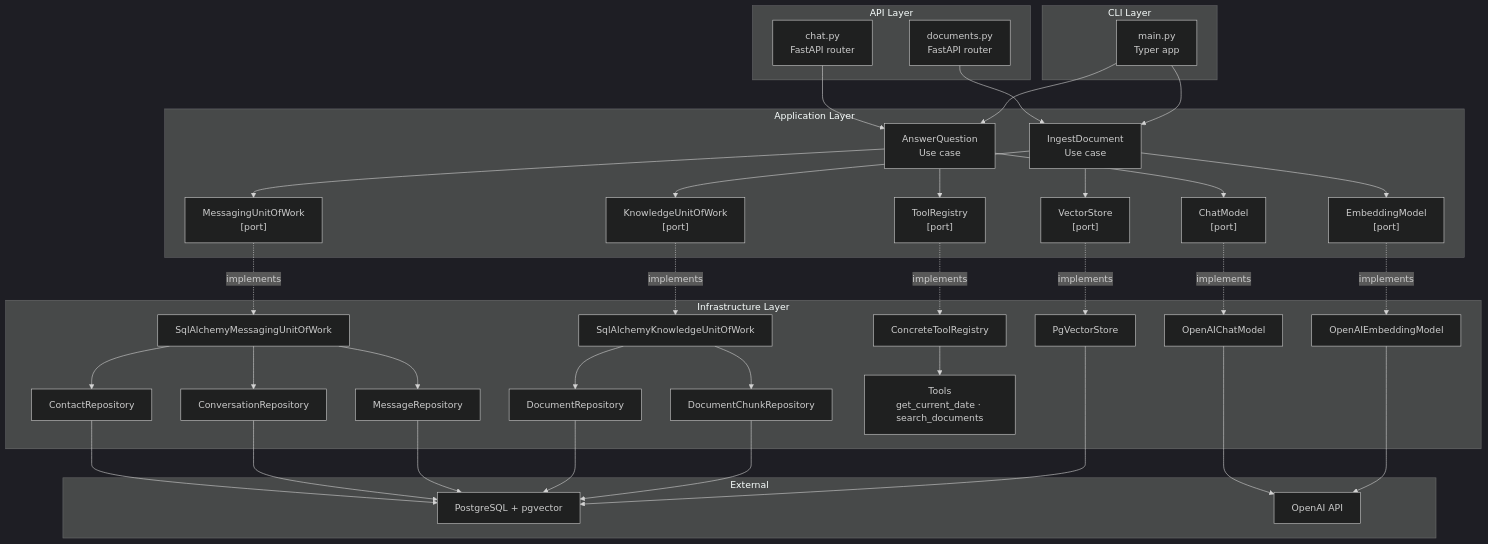
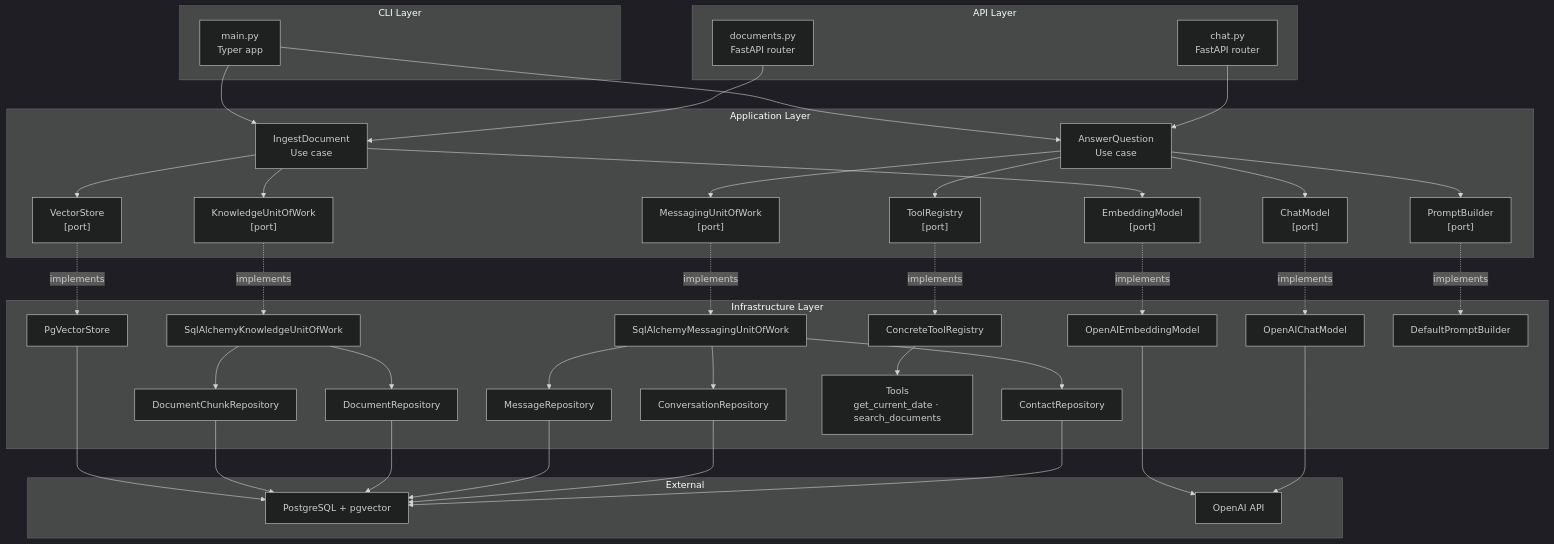
One commit to camercadop/knowledge-support-ai-agent changed the third of 3 diagrams in docs/architecture.md. Above: the diagram before and after it, drawn with Mermaid (dark theme). The commit also changed other lines of this file and 14 other files, not shown here.

Commit message:
feat: introduce PromptBuilder for assembling provider-agnostic message lists

````diff
--- a/docs/architecture.md
+++ b/docs/architecture.md
@@ -47,73 +47,77 @@
 ```mermaid
 flowchart TB
     subgraph api["API Layer"]
         chat_router["chat.py\nFastAPI router"]
         docs_router["documents.py\nFastAPI router"]
     end
 
     subgraph cli["CLI Layer"]
         cli_main["main.py\nTyper app"]
     end
 
     subgraph app["Application Layer"]
         uc_answer["AnswerQuestion\nUse case"]
         uc_ingest["IngestDocument\nUse case"]
         port_msg_uow["MessagingUnitOfWork\n[port]"]
         port_know_uow["KnowledgeUnitOfWork\n[port]"]
         port_chat["ChatModel\n[port]"]
         port_embed["EmbeddingModel\n[port]"]
         port_vs["VectorStore\n[port]"]
         port_tools["ToolRegistry\n[port]"]
+        port_prompt["PromptBuilder\n[port]"]
     end
 
     subgraph infra["Infrastructure Layer"]
         sql_msg_uow["SqlAlchemyMessagingUnitOfWork"]
         sql_know_uow["SqlAlchemyKnowledgeUnitOfWork"]
         contact_repo["ContactRepository"]
         conv_repo["ConversationRepository"]
         msg_repo["MessageRepository"]
         doc_repo["DocumentRepository"]
         chunk_repo["DocumentChunkRepository"]
         openai_chat["OpenAIChatModel"]
         openai_embed["OpenAIEmbeddingModel"]
         pgvector["PgVectorStore"]
         tool_registry["ConcreteToolRegistry"]
         tools["Tools\nget_current_date · search_documents"]
+        default_prompt["DefaultPromptBuilder"]
     end
 
     subgraph external["External"]
         postgres["PostgreSQL + pgvector"]
         openai["OpenAI API"]
     end
 
     chat_router --> uc_answer
     docs_router --> uc_ingest
     cli_main --> uc_answer
     cli_main --> uc_ingest
     uc_answer --> port_msg_uow
     uc_answer --> port_chat
     uc_answer --> port_tools
+    uc_answer --> port_prompt
     uc_ingest --> port_know_uow
     uc_ingest --> port_embed
     uc_ingest --> port_vs
     port_msg_uow -.->|implements| sql_msg_uow
     port_know_uow -.->|implements| sql_know_uow
     port_chat -.->|implements| openai_chat
     port_embed -.->|implements| openai_embed
     port_vs -.->|implements| pgvector
     port_tools -.->|implements| tool_registry
+    port_prompt -.->|implements| default_prompt
     tool_registry --> tools
     sql_msg_uow --> contact_repo
     sql_msg_uow --> conv_repo
     sql_msg_uow --> msg_repo
     sql_know_uow --> doc_repo
     sql_know_uow --> chunk_repo
     contact_repo --> postgres
     conv_repo --> postgres
     msg_repo --> postgres
     doc_repo --> postgres
     chunk_repo --> postgres
     pgvector --> postgres
     openai_chat --> openai
     openai_embed --> openai
 ```
````
